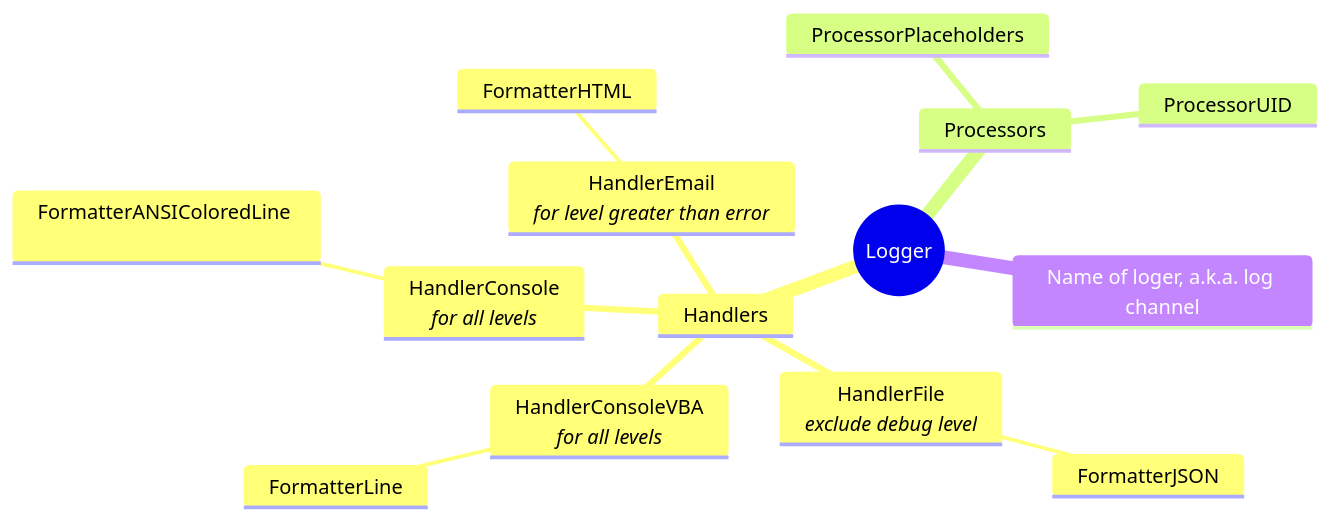
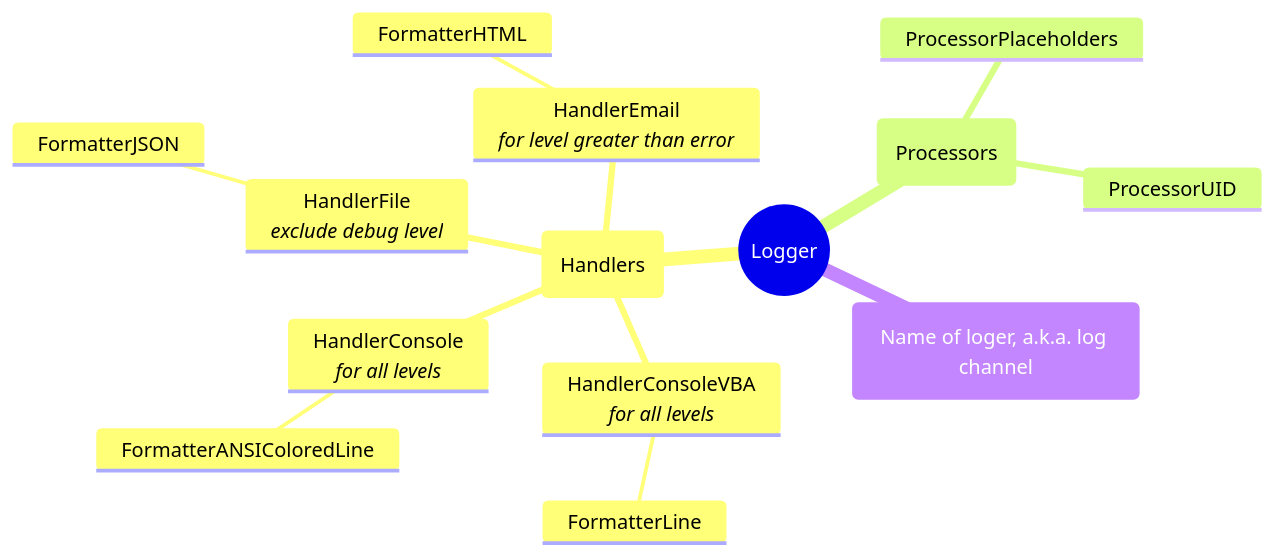
The first of 3 diagrams in docs/src/getting-started/introduction.md (6i-software/vba-monologger), drawn with Mermaid before and after one commit. The commit also changed other lines of this file and 13 other files, not shown here.

````diff
--- a/docs/src/getting-started/introduction.md
+++ b/docs/src/getting-started/introduction.md
@@ -79,17 +79,17 @@
 ```mermaid
 mindmap
   root((Logger))
-    Handlers
+    node1(Handlers)
       HandlerConsoleVBA<br>*for all levels*
         FormatterLine
       HandlerConsole<br>*for all levels*
-        FormatterANSIColoredLine        
+        FormatterANSIColoredLine
       HandlerFile<br>*exclude debug level*
         FormatterJSON
       HandlerEmail<br>*for level greater than error*
         FormatterHTML
-    Processors
+    node2(Processors)
       ProcessorPlaceholders
       ProcessorUID
-    Name of loger, a.k.a. log channel
+    node3(Name of loger, a.k.a. log channel)
 ```
````
